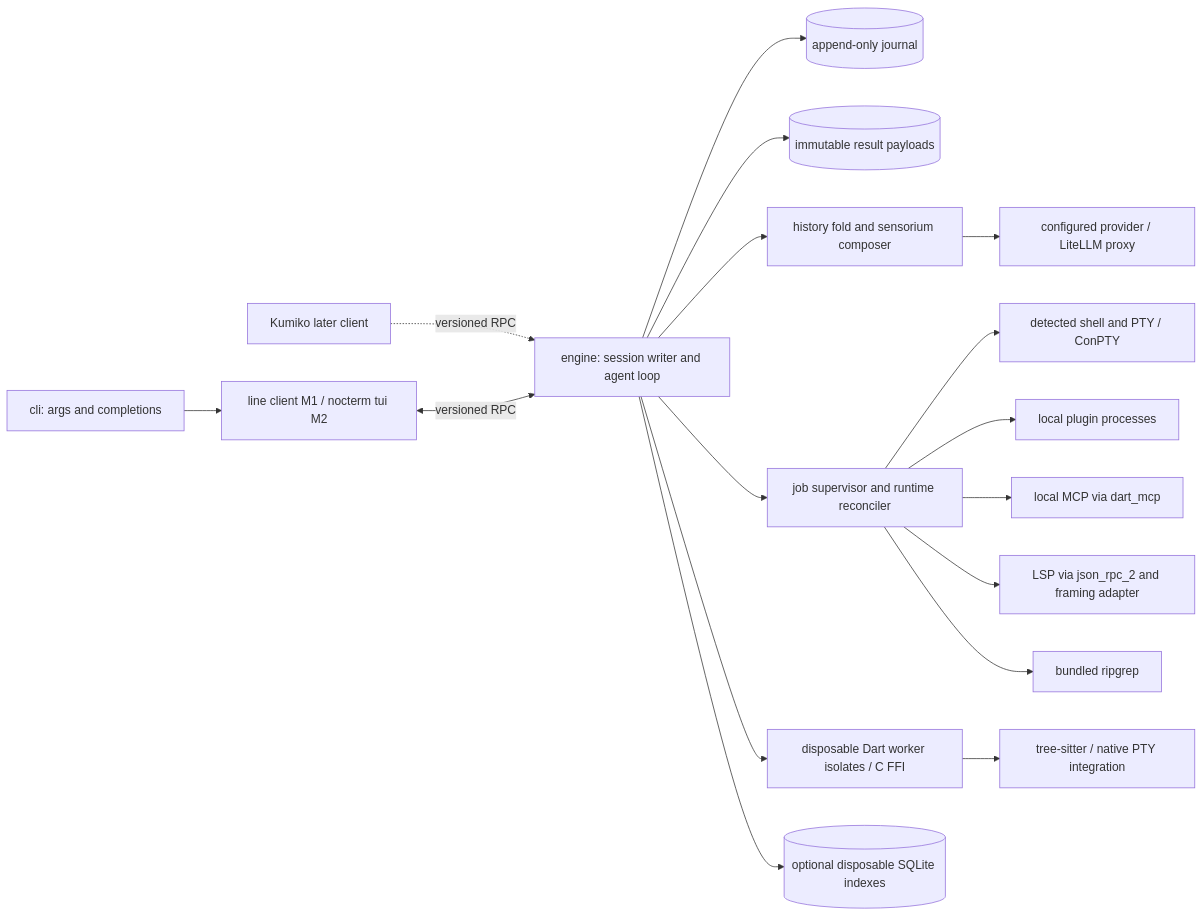
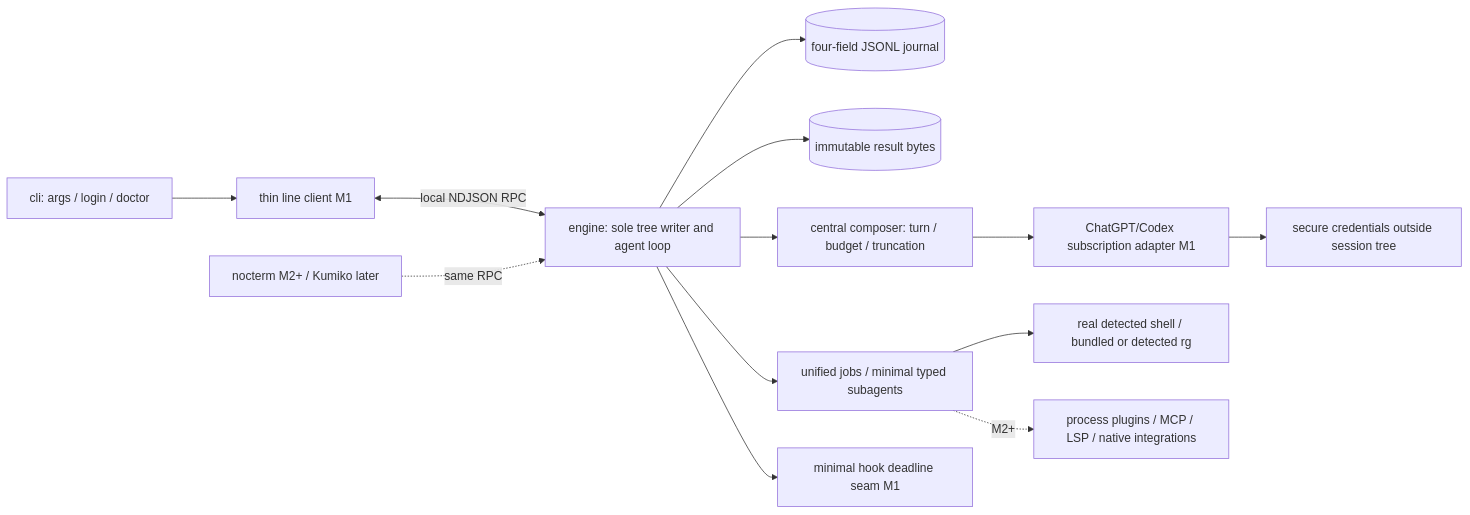
Before and after one commit to sh1ny/kehai: the first of 4 diagrams in openspec/architecture.md, drawn with Mermaid. The commit also changed other lines of this file and 11 other files, not shown here.

````diff
--- a/openspec/architecture.md
+++ b/openspec/architecture.md
@@ -30,19 +34,15 @@
 ```mermaid
 flowchart LR
-  CLI[cli: args and completions] --> Client[line client M1 / nocterm tui M2]
-  Later[Kumiko later client] -. versioned RPC .-> Engine
-  Client <-->|versioned RPC| Engine[engine: session writer and agent loop]
-  Engine --> Journal[(append-only journal)]
-  Engine --> Bytes[(immutable result payloads)]
-  Engine --> Composer[history fold and sensorium composer]
-  Engine --> Jobs[job supervisor and runtime reconciler]
-  Jobs --> Shell[detected shell and PTY / ConPTY]
-  Jobs --> Plugin[local plugin processes]
-  Jobs --> MCP[local MCP via dart_mcp]
-  Jobs --> LSP[LSP via json_rpc_2 and framing adapter]
-  Engine --> Worker[disposable Dart worker isolates / C FFI]
-  Worker --> Native[tree-sitter / native PTY integration]
-  Jobs --> RG[bundled ripgrep]
-  Composer --> Provider[configured provider / LiteLLM proxy]
-  Engine --> Index[(optional disposable SQLite indexes)]
+  CLI[cli: args / login / doctor] --> Client[thin line client M1]
+  Client <-->|local NDJSON RPC| Engine[engine: sole tree writer and agent loop]
+  Later[nocterm M2+ / Kumiko later] -. same RPC .-> Engine
+  Engine --> Journal[(four-field JSONL journal)]
+  Engine --> Bytes[(immutable result bytes)]
+  Engine --> Composer[central composer: turn / budget / truncation]
+  Engine --> Jobs[unified jobs / minimal typed subagents]
+  Jobs --> Shell[real detected shell / bundled or detected rg]
+  Engine --> Hook[minimal hook deadline seam M1]
+  Composer --> Provider[ChatGPT/Codex subscription adapter M1]
+  Provider --> Auth[secure credentials outside session tree]
+  Jobs -. M2+ .-> Ext[process plugins / MCP / LSP / native integrations]
 ```
````
